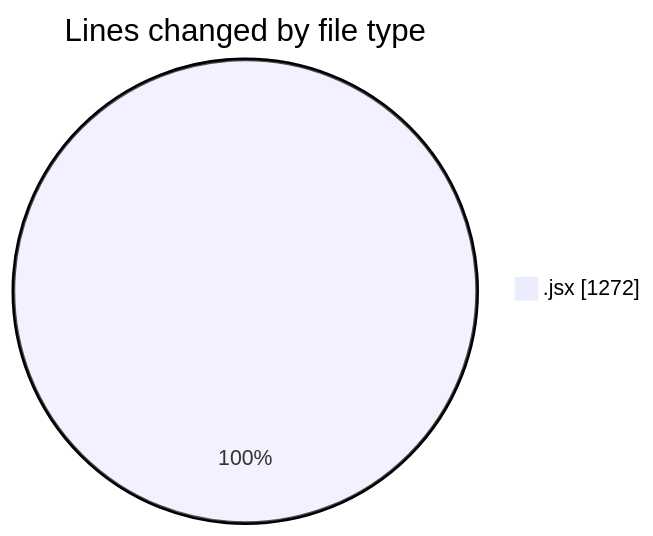
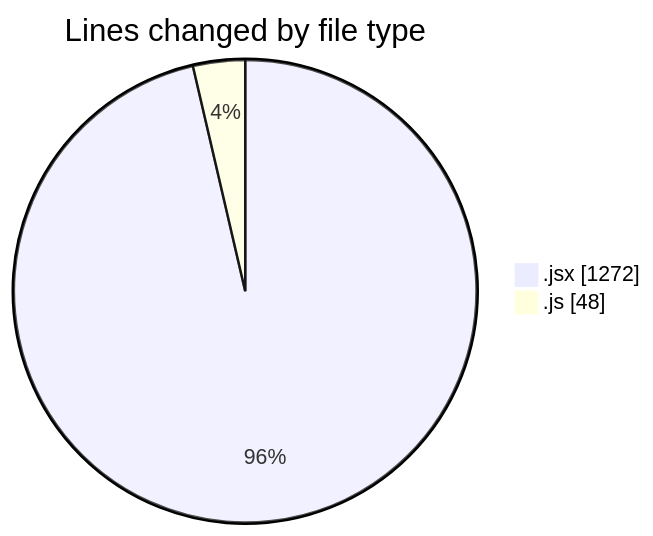
Before and after one commit to nxtqubesakshisongat/code-tracking: the first of 2 diagrams in 2025-05-19/nxtqube_webapp/README.md, drawn with Mermaid. The commit also changed other lines of this file and 1 other file, not shown here.

````diff
--- a/2025-05-19/nxtqube_webapp/README.md
+++ b/2025-05-19/nxtqube_webapp/README.md
@@ -22,5 +23,6 @@
 ```mermaid
 pie showData
 title Lines changed by file type
 ".jsx" : 1272
+".js" : 48
 ```
````
